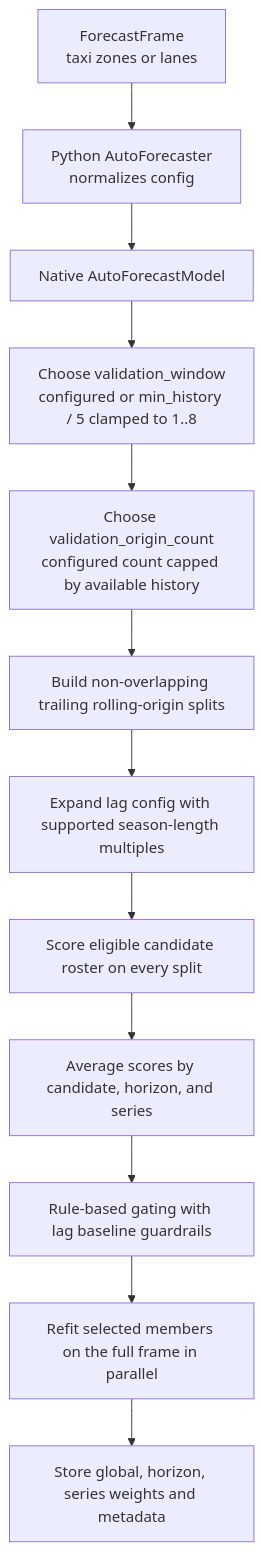
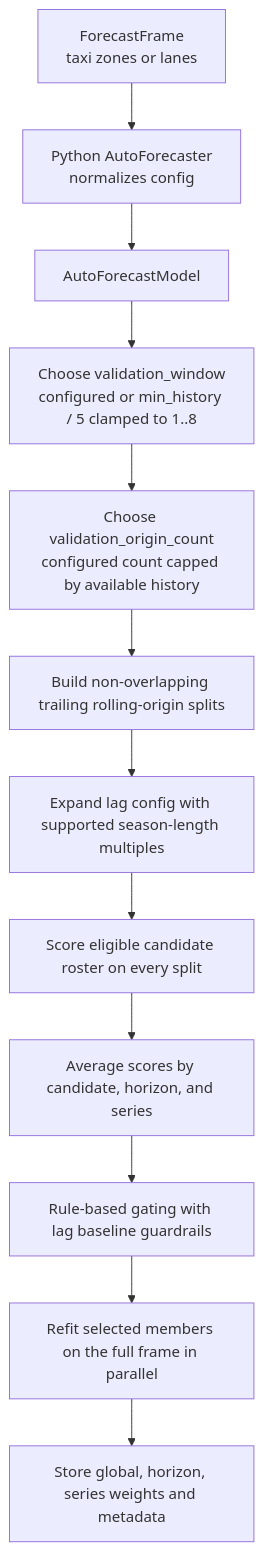
One commit to TheCulliganMan/CartoBoost changed the first of 4 diagrams in docs/user-guide/forecasting-models/auto-forecaster.md. Above: the diagram before and after it, drawn with Mermaid. The commit also changed other lines of this file and 12 other files, not shown here.

````diff
--- a/docs/user-guide/forecasting-models/auto-forecaster.md
+++ b/docs/user-guide/forecasting-models/auto-forecaster.md
@@ -69,14 +69,14 @@
 ```mermaid
 flowchart TD
     A["ForecastFrame<br/>taxi zones or lanes"] --> B["Python AutoForecaster<br/>normalizes config"]
-    B --> C["Native AutoForecastModel"]
+    B --> C["AutoForecastModel"]
     C --> D["Choose validation_window<br/>configured or min_history / 5 clamped to 1..8"]
     D --> E["Choose validation_origin_count<br/>configured count capped by available history"]
     E --> F["Build non-overlapping trailing rolling-origin splits"]
     F --> G["Expand lag config with supported season-length multiples"]
     G --> H["Score eligible candidate roster on every split"]
     H --> I["Average scores by candidate, horizon, and series"]
     I --> J["Rule-based gating with lag baseline guardrails"]
     J --> K["Refit selected members on the full frame in parallel"]
     K --> L["Store global, horizon, series weights and metadata"]
 ```
````
